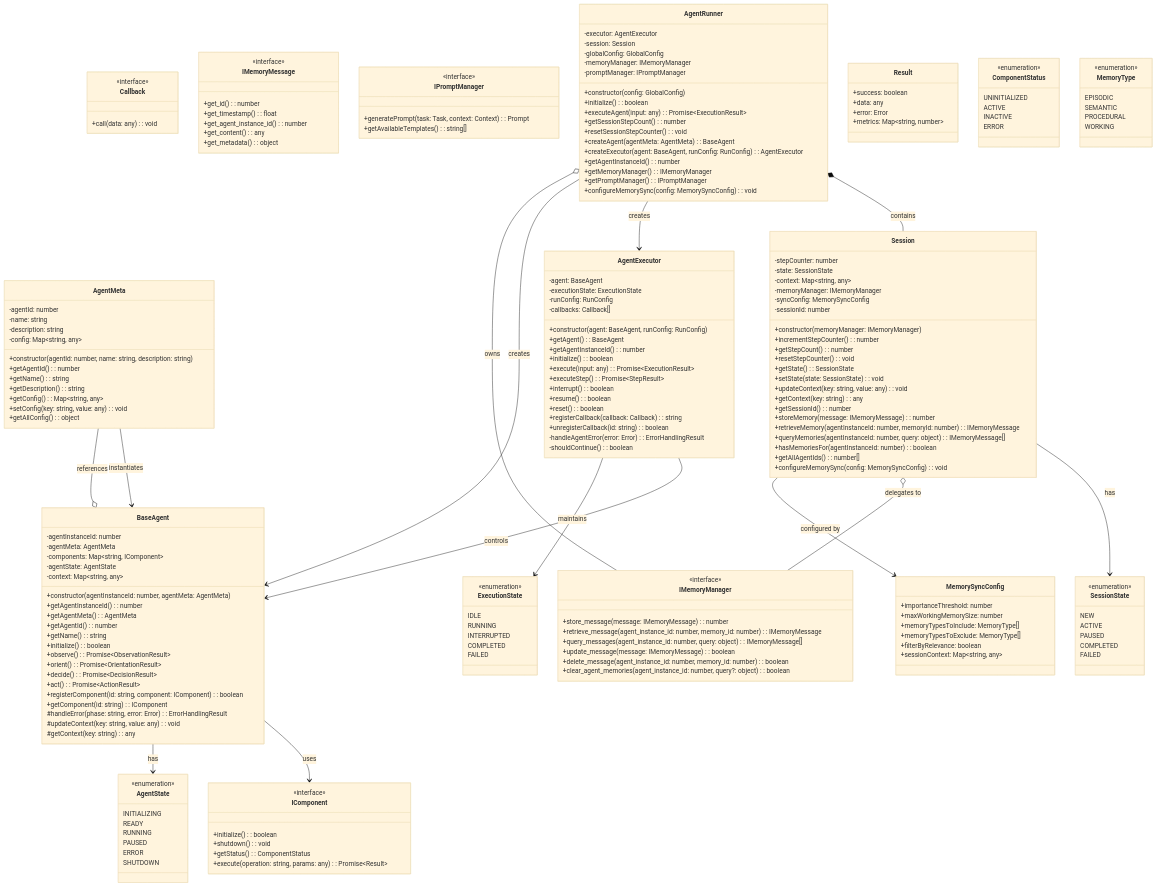
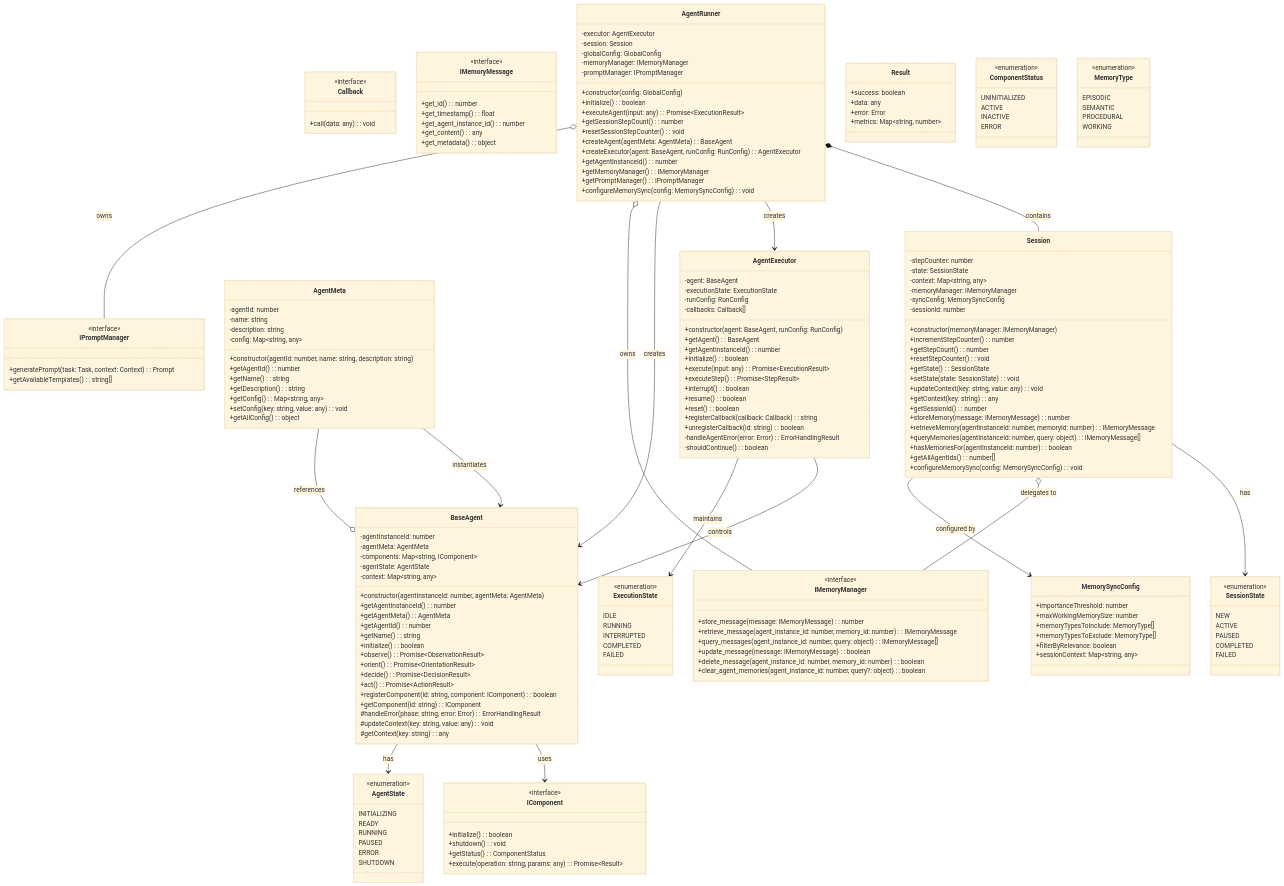
Before and after one commit to DDtoma/iodraw-files: the diagram in all/未命名-3.md, drawn with Mermaid (base theme).

Commit message:
2025-03-12 15:50:27 update

```diff
--- a/all/未命名-3.md
+++ b/all/未命名-3.md
@@ -215,6 +215,7 @@
     AgentRunner --> AgentExecutor : creates
     AgentRunner --> BaseAgent : creates
     AgentRunner o-- IMemoryManager : owns
+    AgentRunner o-- IPromptManager : owns
     AgentExecutor --> BaseAgent : controls
     BaseAgent --> IComponent : uses
     BaseAgent --> AgentState : has
```
